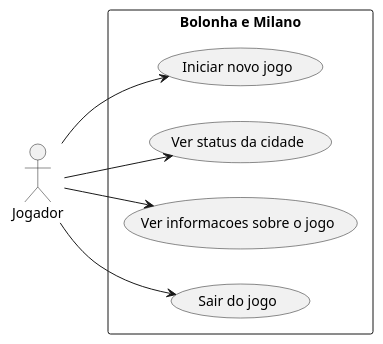
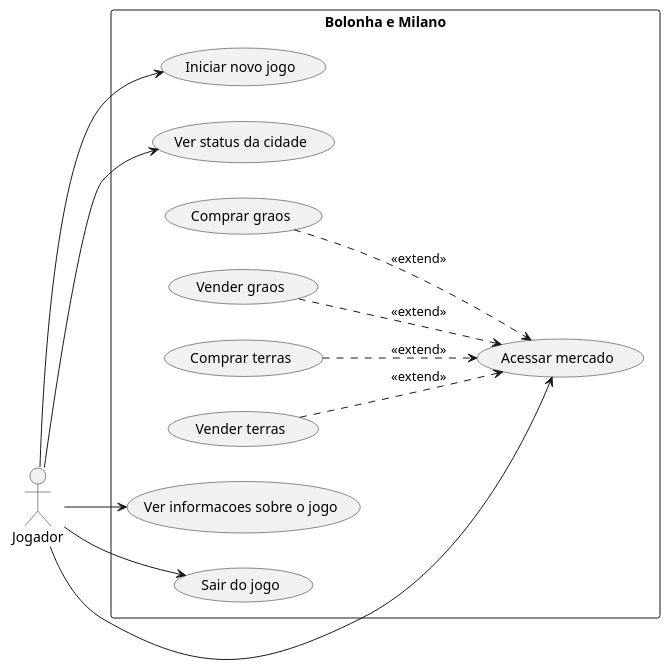
The diagram in casos-de-uso/diagrama-casos-de-uso.puml (snooss/projeto-bolonha-e-milano), drawn with PlantUML before and after one commit. The commit also changed 8 other files, not shown here.

Commit message:
Etapa 3: economia, florins, terras e graos

```diff
--- a/casos-de-uso/diagrama-casos-de-uso.puml
+++ b/casos-de-uso/diagrama-casos-de-uso.puml
@@ -2,19 +2,30 @@
 @startuml
 
 left to right direction
 
 actor Jogador as Usuario
 
 rectangle "Bolonha e Milano" {
     usecase "Iniciar novo jogo" as UC1
     usecase "Ver status da cidade" as UC2
-    usecase "Ver informacoes sobre o jogo" as UC3
-    usecase "Sair do jogo" as UC4
+    usecase "Acessar mercado" as UC3
+    usecase "Comprar graos" as UC4
+    usecase "Vender graos" as UC5
+    usecase "Comprar terras" as UC6
+    usecase "Vender terras" as UC7
+    usecase "Ver informacoes sobre o jogo" as UC8
+    usecase "Sair do jogo" as UC9
 }
 
 Usuario --> UC1
 Usuario --> UC2
 Usuario --> UC3
-Usuario --> UC4
+Usuario --> UC8
+Usuario --> UC9
+
+UC4 ..> UC3 : <<extend>>
+UC5 ..> UC3 : <<extend>>
+UC6 ..> UC3 : <<extend>>
+UC7 ..> UC3 : <<extend>>
 
 @enduml
```
